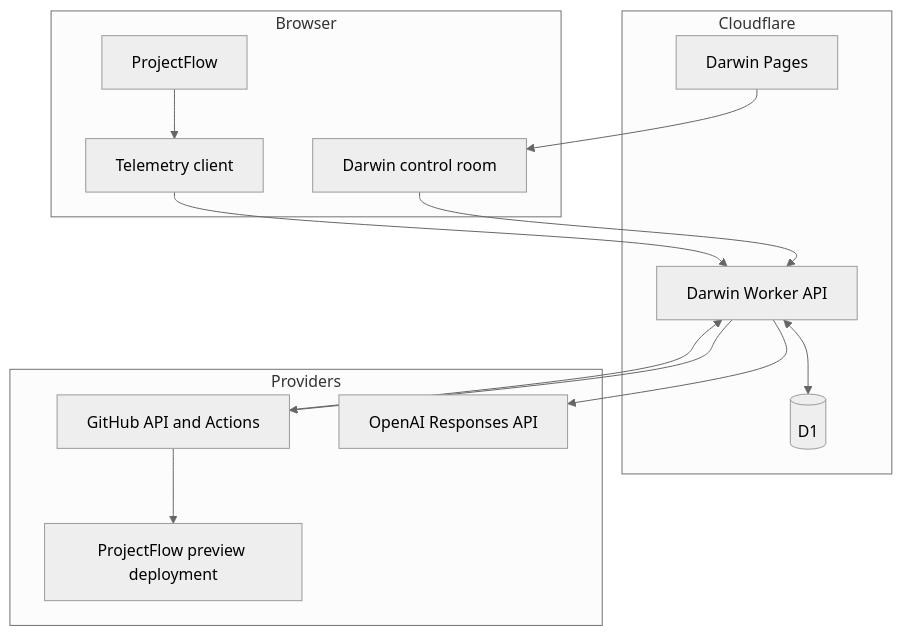
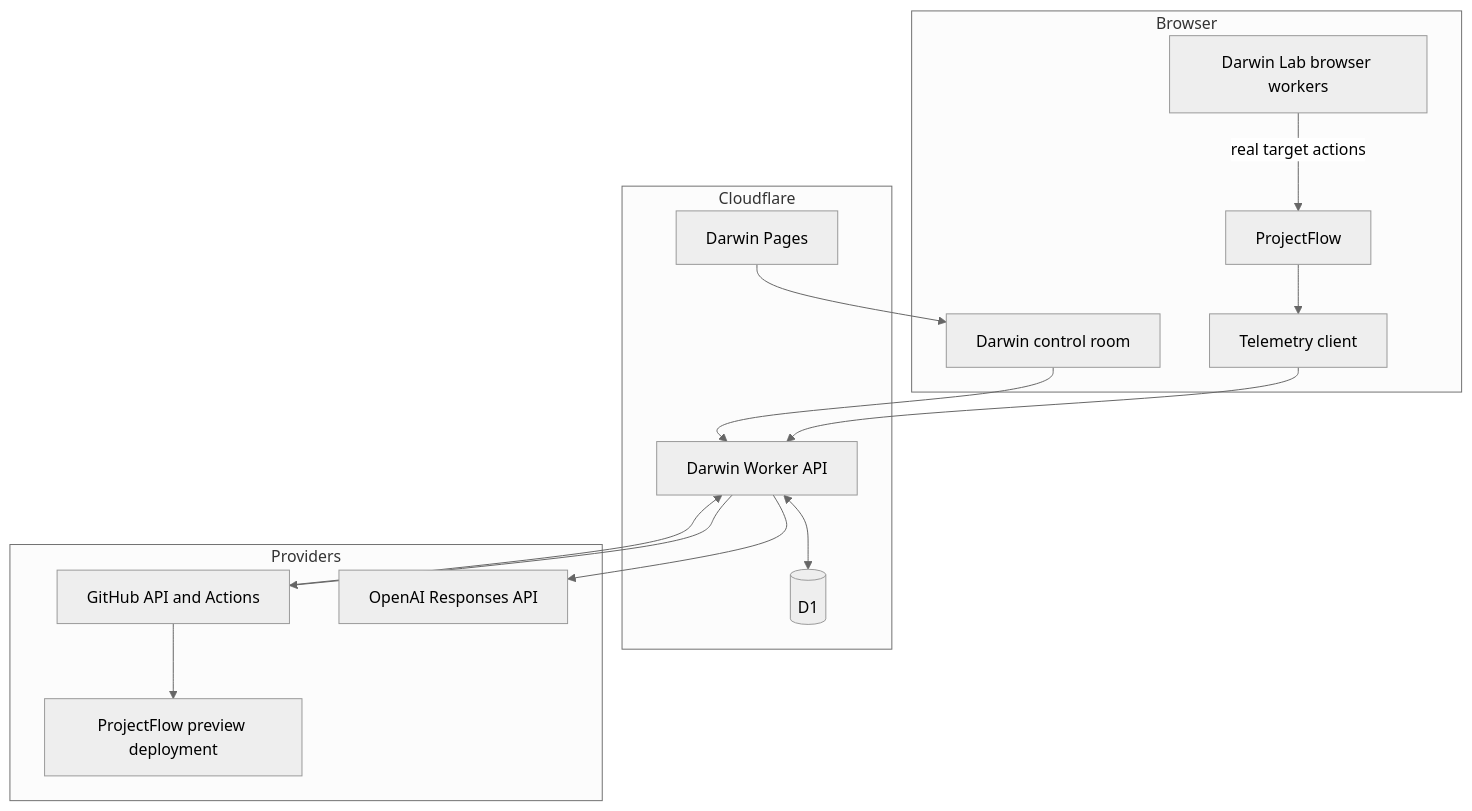
The diagram in docs/wiki/Architecture.md (sjohnston1972/darwin), drawn with Mermaid (neutral theme) before and after one commit. The commit also changed other lines of this file and 121 other files, not shown here.

First line of the commit message:
Close Darwin reliability audit and ship real-task Lab (#83)

````diff
--- a/docs/wiki/Architecture.md
+++ b/docs/wiki/Architecture.md
@@ -7,30 +7,32 @@
 ```mermaid
 flowchart TB
   subgraph Browser
     PF[ProjectFlow]
+    LAB[Darwin Lab browser workers]
     UI[Darwin control room]
     TC[Telemetry client]
   end
 
   subgraph Cloudflare
     API[Darwin Worker API]
     D1[(D1)]
     PAGES[Darwin Pages]
   end
 
   subgraph Providers
     OAI[OpenAI Responses API]
     GH[GitHub API and Actions]
     PREVIEW[ProjectFlow preview deployment]
   end
 
   PF --> TC
+  LAB -->|real target actions| PF
   TC --> API
   UI --> API
   PAGES --> UI
   API <--> D1
   API --> OAI
   API --> GH
   GH --> PREVIEW
   GH --> API
 ```
````
